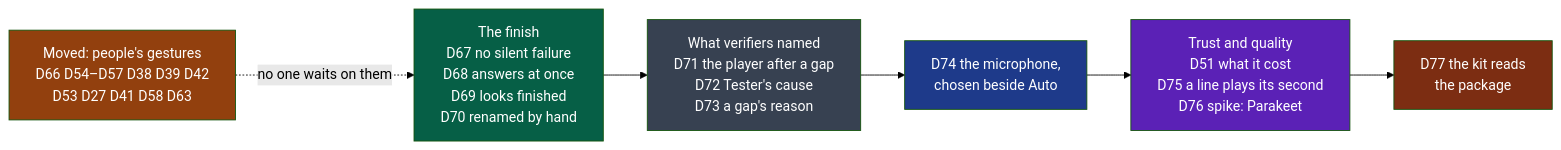
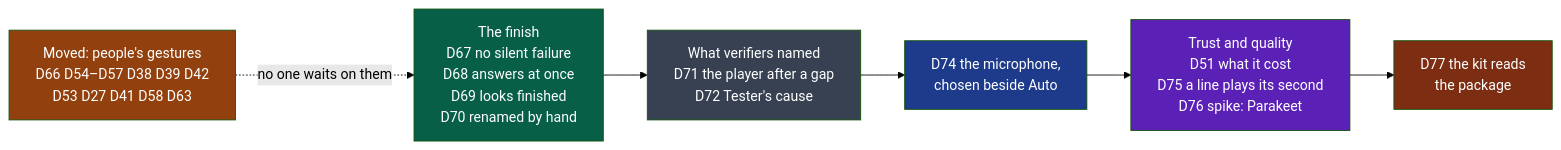
Before and after one commit to NapkinStack/wholeheard: the diagram in docs/project/cycles/06-the-minutes-you-can-check.md, drawn with Mermaid (forest theme). The commit also changed other lines of this file and 3 other files, not shown here.

````diff
--- a/docs/project/cycles/06-the-minutes-you-can-check.md
+++ b/docs/project/cycles/06-the-minutes-you-can-check.md
@@ -241,17 +234,17 @@
 ```mermaid
 flowchart LR
     M["Moved: people's gestures<br/>D66 D54–D57 D38 D39 D42<br/>D53 D27 D41 D58 D63"]:::wait
     F["The finish<br/>D67 no silent failure<br/>D68 answers at once<br/>D69 looks finished<br/>D70 renamed by hand"]:::ux
-    L["What verifiers named<br/>D71 the player after a gap<br/>D72 Tester's cause<br/>D73 a gap's reason"]:::fix
+    L["What verifiers named<br/>D71 the player after a gap<br/>D72 Tester's cause"]:::fix
     C["D74 the microphone,<br/>chosen beside Auto"]:::src
     Q["Trust and quality<br/>D51 what it cost<br/>D75 a line plays its second<br/>D76 spike: Parakeet"]:::qual
     S["D77 the kit reads<br/>the package"]:::pub
     M -.->|"no one waits on them"| F
     F --> L --> C --> Q --> S
     classDef wait fill:#92400e,color:#fff
     classDef ux fill:#065f46,color:#fff
     classDef fix fill:#374151,color:#fff
     classDef src fill:#1e3a8a,color:#fff
     classDef qual fill:#5b21b6,color:#fff
     classDef pub fill:#7c2d12,color:#fff
 ```
````
